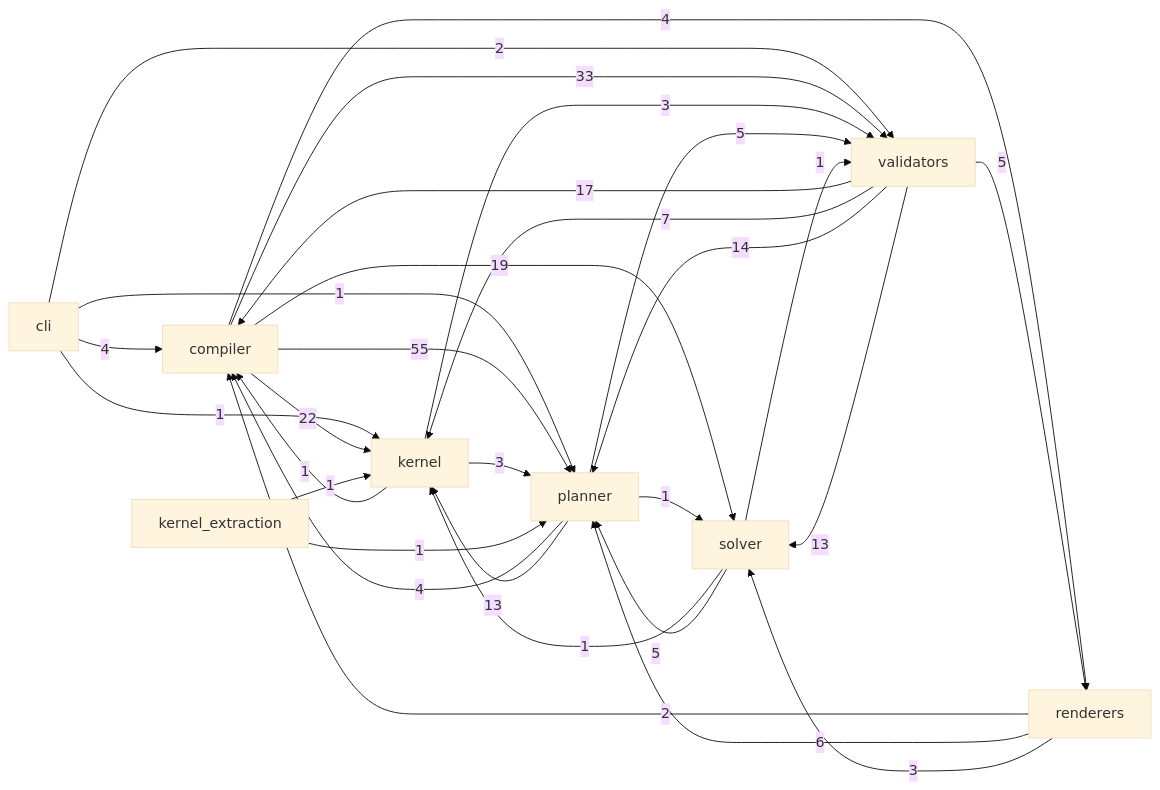
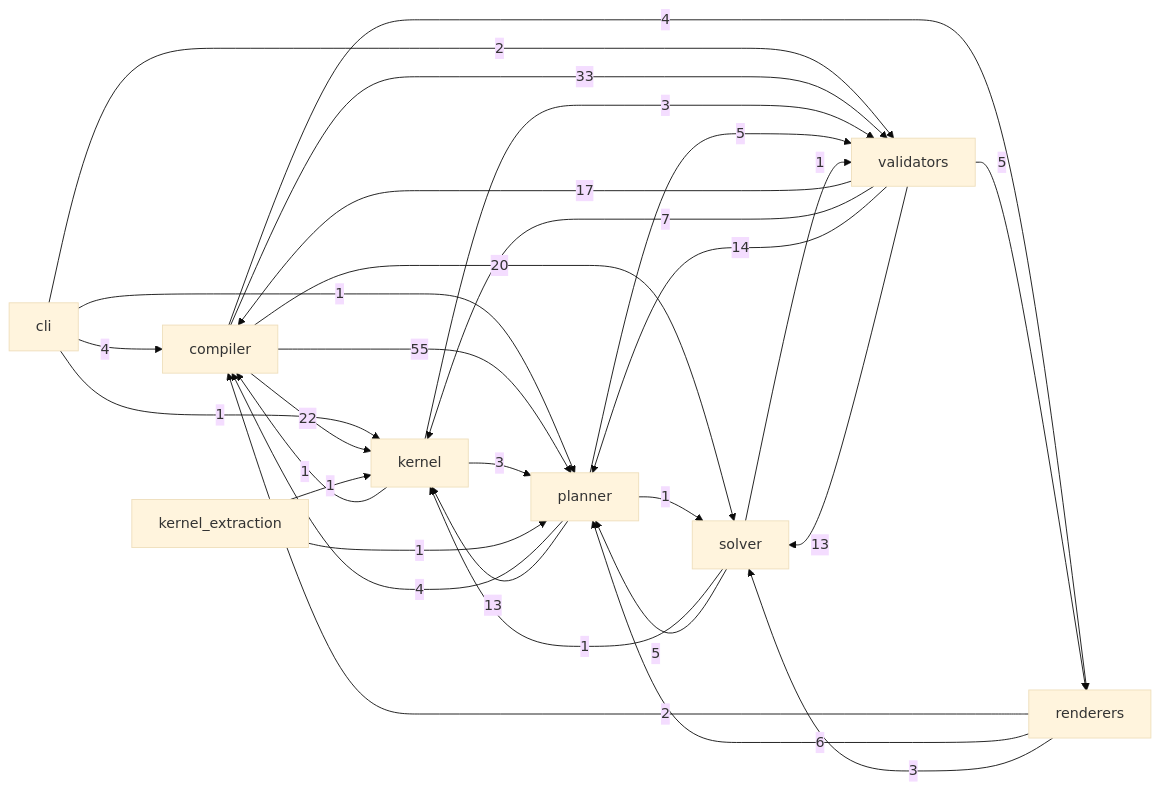
Before and after one commit to Kingsley-Cyber/cinematic-compiler-core: the diagram in docs/reference/code.md, drawn with Mermaid (base theme). The commit also changed other lines of this file and 51 other files, not shown here.

````diff
--- a/docs/reference/code.md
+++ b/docs/reference/code.md
@@ -15,32 +15,32 @@
 ```mermaid
 flowchart LR
   cli -->|4| compiler
   cli -->|1| kernel
   cli -->|1| planner
   cli -->|2| validators
   compiler -->|22| kernel
   compiler -->|55| planner
   compiler -->|4| renderers
-  compiler -->|19| solver
+  compiler -->|20| solver
   compiler -->|33| validators
   kernel -->|1| compiler
   kernel -->|3| planner
   kernel -->|3| validators
   kernel_extraction -->|1| kernel
   kernel_extraction -->|1| planner
   planner -->|4| compiler
   planner -->|13| kernel
   planner -->|1| solver
   planner -->|5| validators
   renderers -->|2| compiler
   renderers -->|6| planner
   renderers -->|3| solver
   solver -->|1| kernel
   solver -->|5| planner
   solver -->|1| validators
   validators -->|17| compiler
   validators -->|7| kernel
   validators -->|14| planner
   validators -->|5| renderers
   validators -->|13| solver
 ```
````
